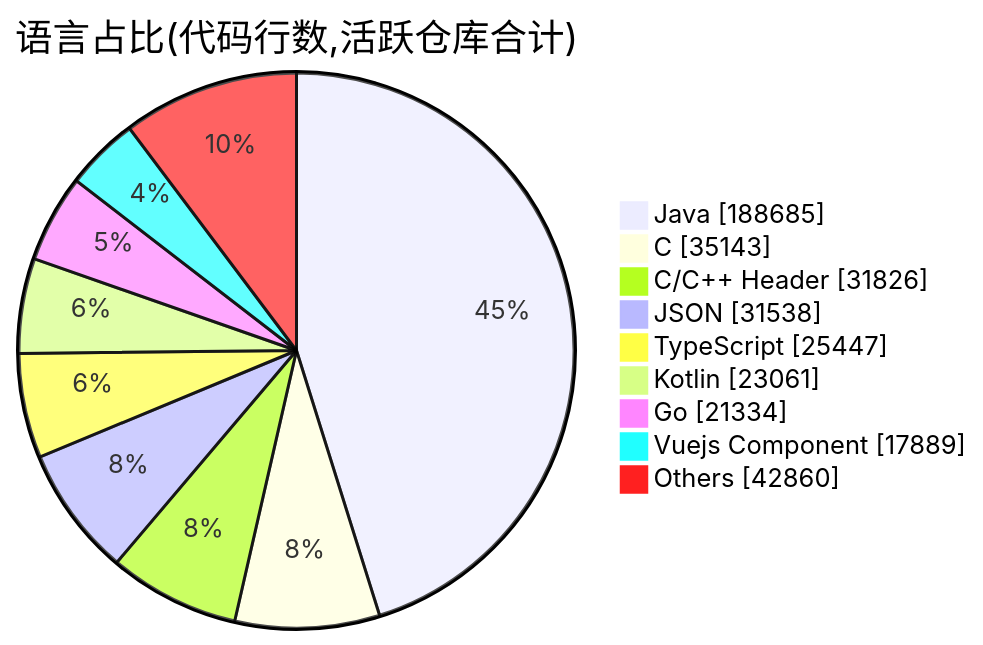
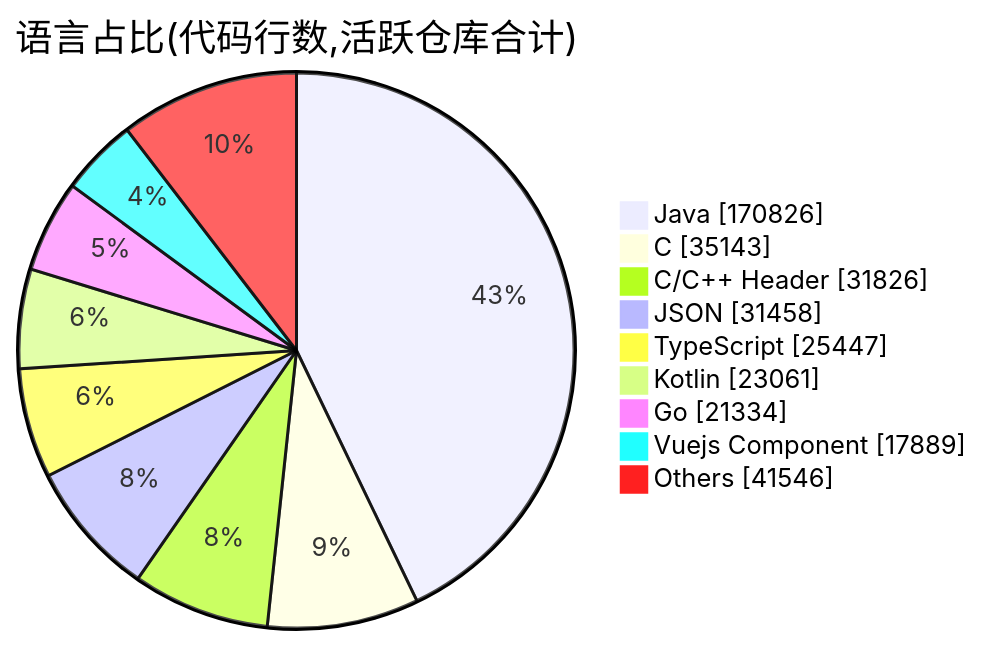
One commit to Conflux-Union/.github changed the second of 2 diagrams in profile/README.md. Above: the diagram before and after it, drawn with Mermaid. The commit also changed other lines of this file and 1 other file, not shown here.

````diff
--- a/profile/README.md
+++ b/profile/README.md
@@ -83,13 +83,13 @@
 ```mermaid
 pie showData
     title 语言占比(代码行数,活跃仓库合计)
-    "Java" : 188685
+    "Java" : 170826
     "C" : 35143
     "C/C++ Header" : 31826
-    "JSON" : 31538
+    "JSON" : 31458
     "TypeScript" : 25447
     "Kotlin" : 23061
     "Go" : 21334
     "Vuejs Component" : 17889
-    "Others" : 42860
+    "Others" : 41546
 ```
````
